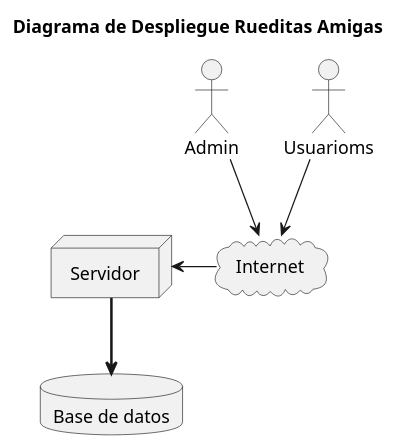
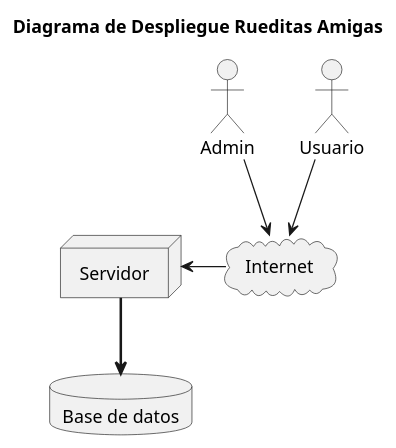
One commit to lrizzitano/RueditasAmigasDespliegue changed the diagram in diagrams/DiagramaDeDespliegue.puml. Above: the diagram before and after it, drawn with PlantUML.

Commit message:
pruebo con un solo actor (aparece en relaciones)

```diff
--- a/diagrams/DiagramaDeDespliegue.puml
+++ b/diagrams/DiagramaDeDespliegue.puml
@@ -1,22 +1,22 @@
 @startuml DiagramaDeDespliegue
 'https://plantuml.com/deployment-diagram
 
 title Diagrama de Despliegue Rueditas Amigas
 
 
 actor "Admin"
-actor "Usuarioms"
+
 
 cloud "Internet"
 
 node "Servidor"
 
 database "Base de datos"
 
-"Usuarioms" --> "Internet"
+"Usuario" --> "Internet"
 "Admin" --> "Internet"
 
 "Internet" -l-> "Servidor"
 
 "Servidor" -[bold]-> "Base de datos"
 @enduml
```
